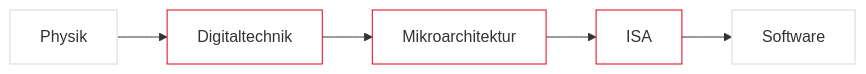
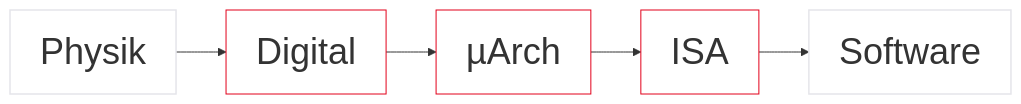
One commit to dantschi/mct1 changed the fifth of 38 diagrams in vorlesungen/01_kickoff.qmd. Above: the diagram before and after it, drawn with Mermaid. The commit also changed other lines of this file and 6 other files, not shown here.

First line of the commit message:
Behebe Mermaid-Lesbarkeit und Folien-Overflow im Kickoff.

````diff
--- a/vorlesungen/01_kickoff.qmd
+++ b/vorlesungen/01_kickoff.qmd
@@ -213,12 +204,10 @@
 ```{mermaid}
+%%{init: {'themeVariables': {'fontSize': '36px', 'fontFamily': 'Inter, sans-serif'}}}%%
 graph LR
-  A[Physik] --> B[Digitaltechnik]
-  B --> C[Mikroarchitektur]
-  C --> D[ISA]
-  D --> E[Software]
+  A[Physik] --> B[Digital] --> C[µArch] --> D[ISA] --> E[Software]
   style B fill:#FFFFFF,stroke:#E2001A,stroke-width:2px !important
   style C fill:#FFFFFF,stroke:#E2001A,stroke-width:2px !important
   style D fill:#FFFFFF,stroke:#E2001A,stroke-width:2px !important
   style A fill:#FFFFFF,stroke:#E5E5EA,stroke-width:1.5px
   style E fill:#FFFFFF,stroke:#E5E5EA,stroke-width:1.5px
 ```
````
